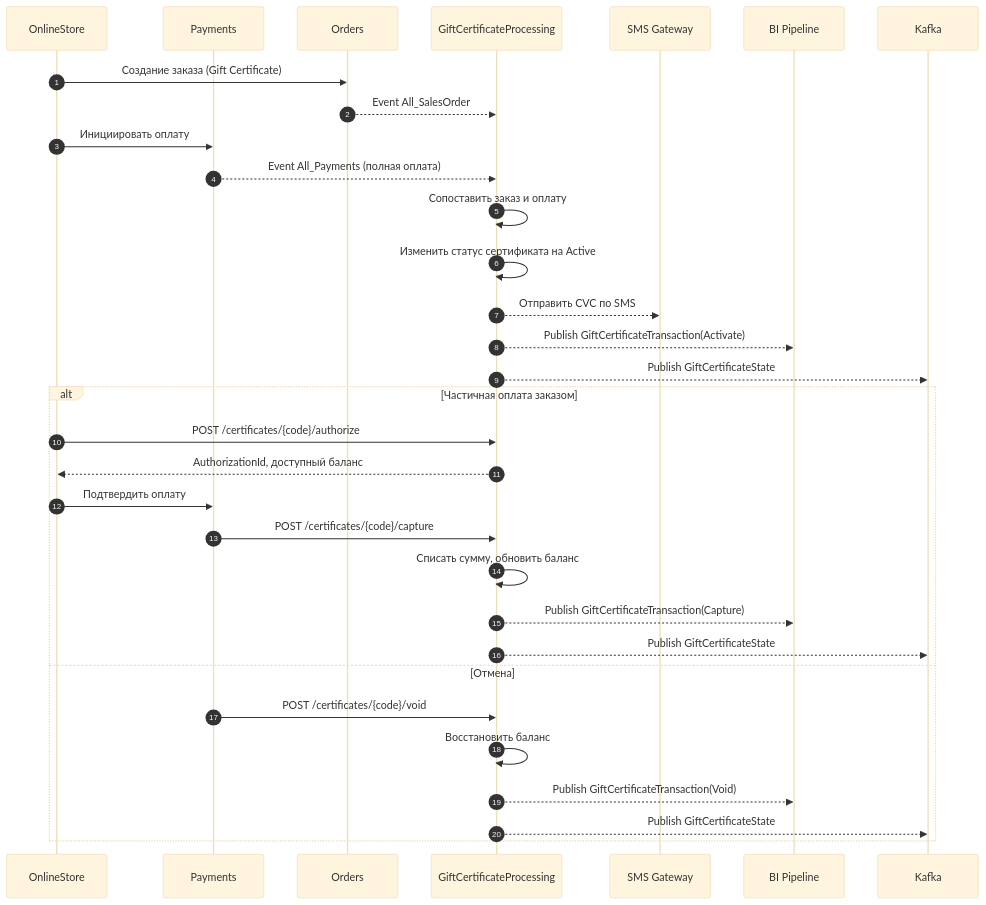
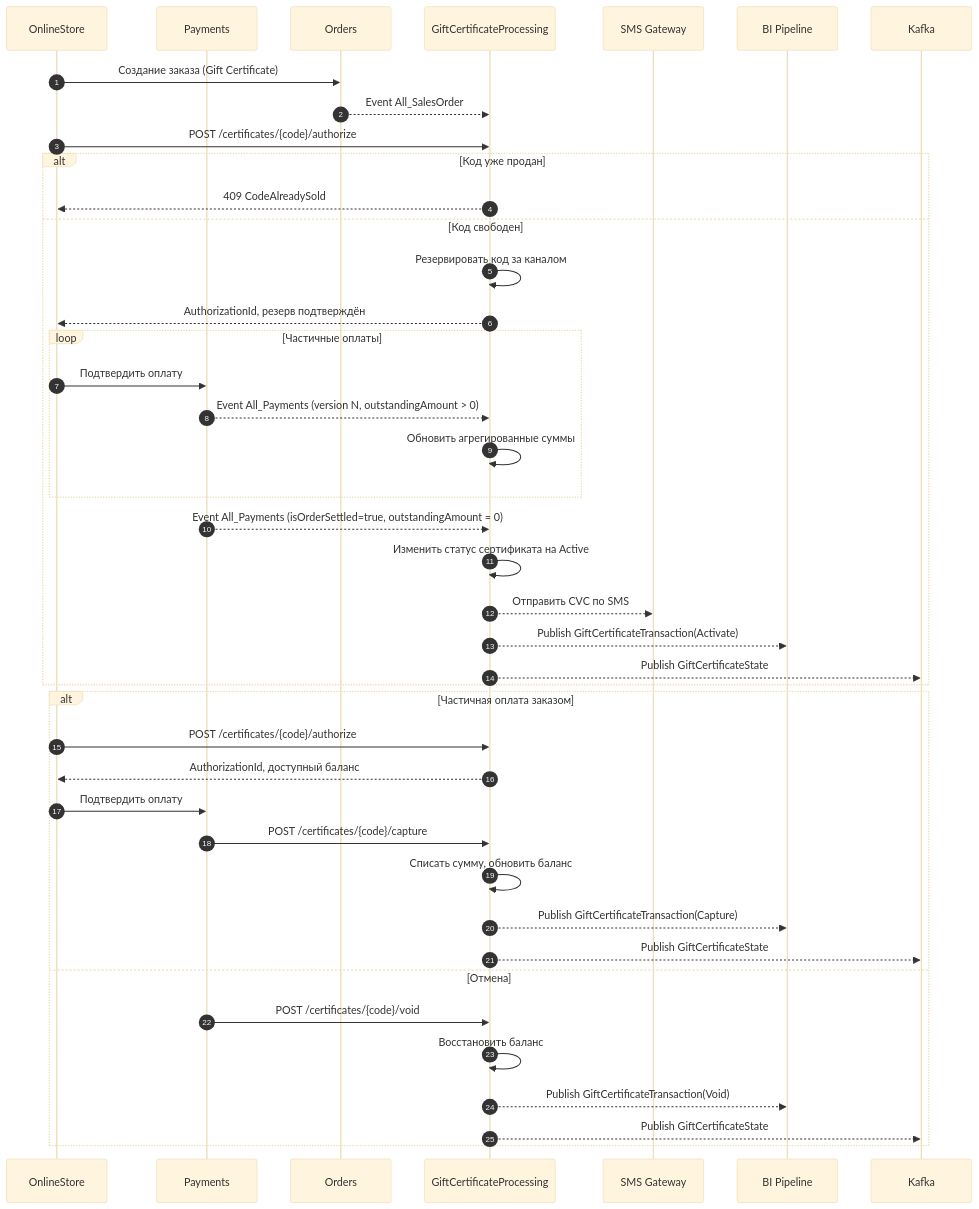
The diagram in specs/sequences.mmd (dobryakov/gift-certs-example2), drawn with Mermaid (base theme) before and after one commit. The commit also changed 13 other files, not shown here.

```diff
--- a/specs/sequences.mmd
+++ b/specs/sequences.mmd
@@ -1,33 +1,43 @@
 sequenceDiagram
   autonumber
   participant OS as OnlineStore
   participant PAY as Payments
   participant ORD as Orders
   participant GC as GiftCertificateProcessing
   participant SMS as SMS Gateway
   participant BI as BI Pipeline
 
   OS->>ORD: Создание заказа (Gift Certificate)
   ORD-->>GC: Event All_SalesOrder
-  OS->>PAY: Инициировать оплату
-  PAY-->>GC: Event All_Payments (полная оплата)
-  GC->>GC: Сопоставить заказ и оплату
-  GC->>GC: Изменить статус сертификата на Active
-  GC-->>SMS: Отправить CVC по SMS
-  GC-->>BI: Publish GiftCertificateTransaction(Activate)
-  GC-->>Kafka: Publish GiftCertificateState
+  OS->>GC: POST /certificates/{code}/authorize
+  alt Код уже продан
+    GC-->>OS: 409 CodeAlreadySold
+  else Код свободен
+    GC->>GC: Резервировать код за каналом
+    GC-->>OS: AuthorizationId, резерв подтверждён
+    loop Частичные оплаты
+      OS->>PAY: Подтвердить оплату
+      PAY-->>GC: Event All_Payments (version N, outstandingAmount > 0)
+      GC->>GC: Обновить агрегированные суммы
+    end
+    PAY-->>GC: Event All_Payments (isOrderSettled=true, outstandingAmount = 0)
+    GC->>GC: Изменить статус сертификата на Active
+    GC-->>SMS: Отправить CVC по SMS
+    GC-->>BI: Publish GiftCertificateTransaction(Activate)
+    GC-->>Kafka: Publish GiftCertificateState
+  end
 
   alt Частичная оплата заказом
     OS->>GC: POST /certificates/{code}/authorize
     GC-->>OS: AuthorizationId, доступный баланс
     OS->>PAY: Подтвердить оплату
     PAY->>GC: POST /certificates/{code}/capture
     GC->>GC: Списать сумму, обновить баланс
     GC-->>BI: Publish GiftCertificateTransaction(Capture)
     GC-->>Kafka: Publish GiftCertificateState
   else Отмена
     PAY->>GC: POST /certificates/{code}/void
     GC->>GC: Восстановить баланс
     GC-->>BI: Publish GiftCertificateTransaction(Void)
     GC-->>Kafka: Publish GiftCertificateState
   end
```
